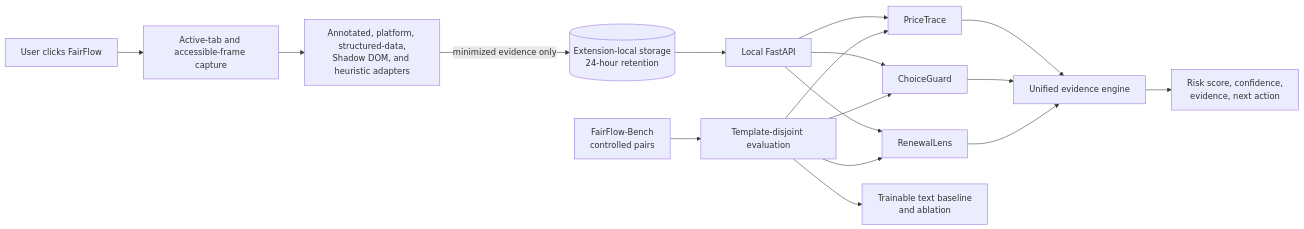
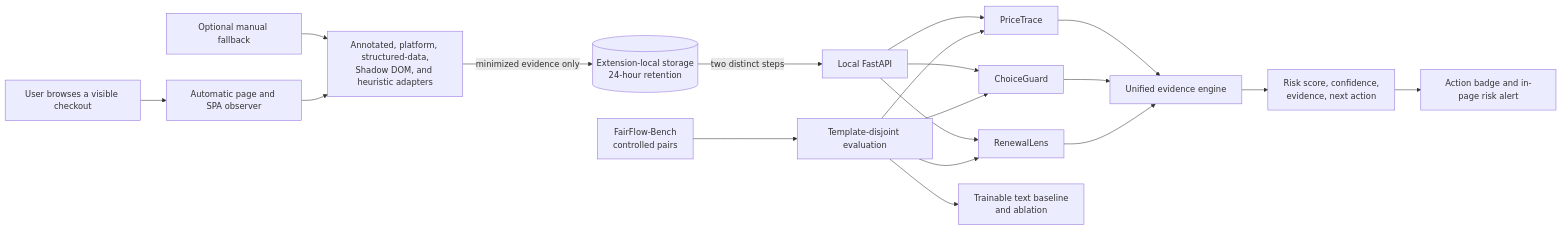
Before and after one commit to yzpeng75-lang/fairflow-ai: the diagram in docs/ARCHITECTURE.md, drawn with Mermaid. The commit also changed 19 other files, not shown here.

````diff
--- a/docs/ARCHITECTURE.md
+++ b/docs/ARCHITECTURE.md
@@ -3,20 +3,22 @@
 ```mermaid
 flowchart LR
-    U[User clicks FairFlow] --> C[Active-tab and accessible-frame capture]
+    U[User browses a visible checkout] --> C[Automatic page and SPA observer]
+    F[Optional manual fallback] --> X
     C --> X[Annotated, platform, structured-data,\nShadow DOM, and heuristic adapters]
     X -->|minimized evidence only| S[(Extension-local storage\n24-hour retention)]
-    S --> A[Local FastAPI]
+    S -->|two distinct steps| A[Local FastAPI]
     A --> P[PriceTrace]
     A --> G[ChoiceGuard]
     A --> R[RenewalLens]
     P --> E[Unified evidence engine]
     G --> E
     R --> E
     E --> O[Risk score, confidence,\nevidence, next action]
+    O --> B[Action badge and in-page risk alert]
 
     D[FairFlow-Bench\ncontrolled pairs] --> V[Template-disjoint evaluation]
     V --> P
     V --> G
     V --> R
     V --> M[Trainable text baseline\nand ablation]
 ```
````
